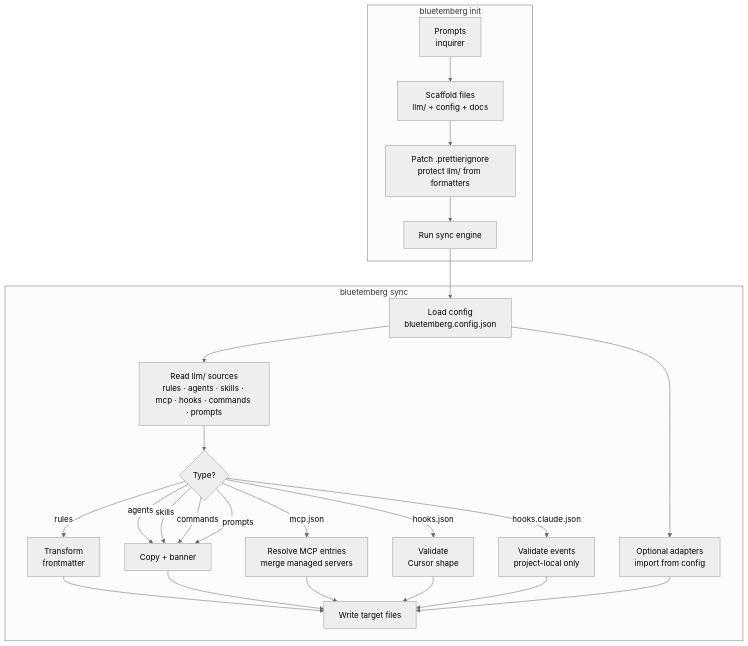
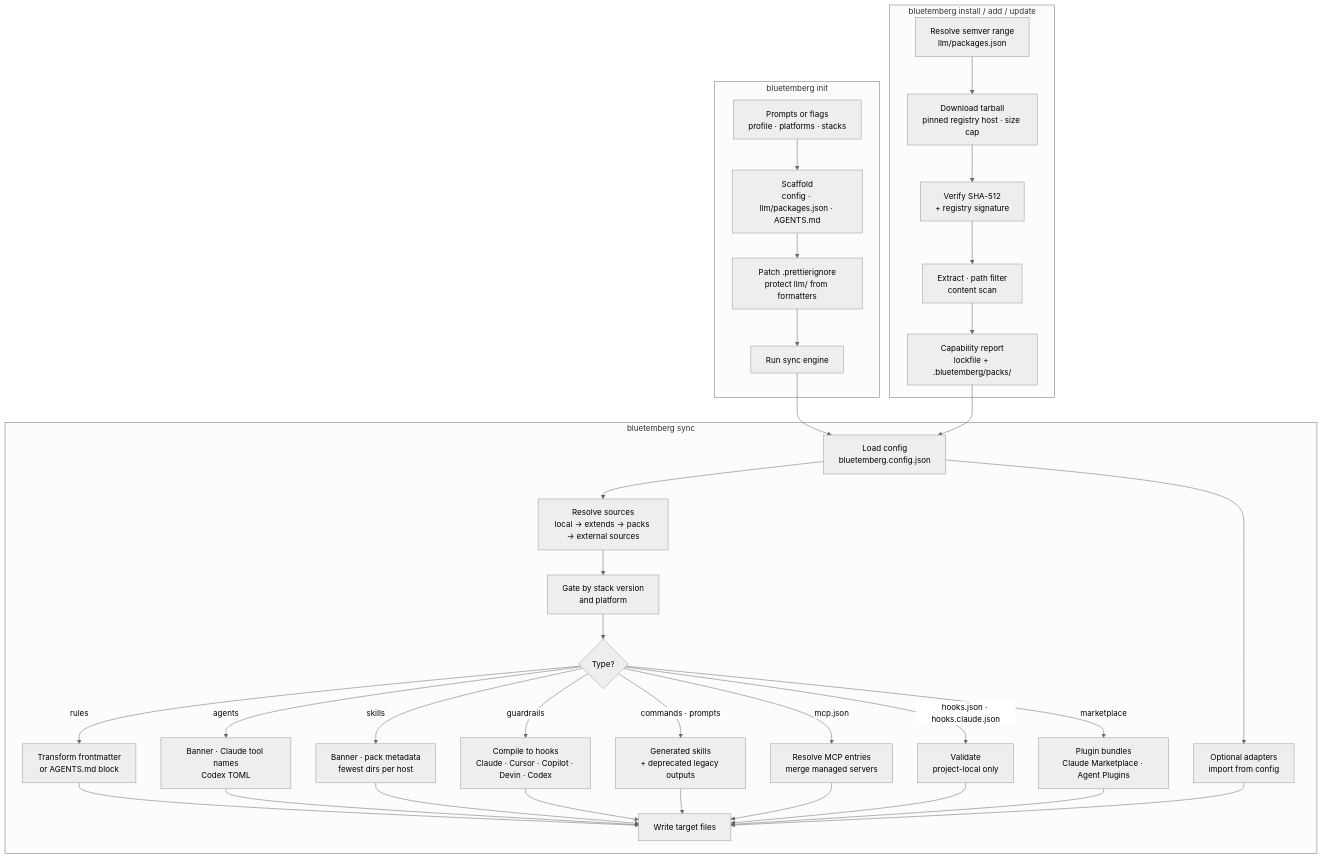
One commit to prototypdigital/bluetemberg changed the first of 3 diagrams in docs/wiki/Architecture.md. Above: the diagram before and after it, drawn with Mermaid (neutral theme). The commit also changed other lines of this file and 24 other files, not shown here.

````diff
--- a/docs/wiki/Architecture.md
+++ b/docs/wiki/Architecture.md
@@ -7,30 +7,62 @@
 ```mermaid
 flowchart TD
     subgraph init ["bluetemberg init"]
-        A[Prompts\ninquirer] --> B[Scaffold files\nllm/ + config + docs]
-        B --> B2[Patch .prettierignore\nprotect llm/ from formatters]
+        A[Prompts or flags
+profile · platforms · stacks] --> B[Scaffold
+config · llm/packages.json · AGENTS.md]
+        B --> B2[Patch .prettierignore
+protect llm/ from formatters]
         B2 --> C[Run sync engine]
     end
 
+    subgraph registry ["bluetemberg install / add / update"]
+        R1[Resolve semver range
+llm/packages.json] --> R2[Download tarball
+pinned registry host · size cap]
+        R2 --> R3[Verify SHA-512
++ registry signature]
+        R3 --> R4[Extract · path filter
+content scan]
+        R4 --> R5[Capability report
+lockfile + .bluetemberg/packs/]
+    end
+
     subgraph sync ["bluetemberg sync"]
-        D[Load config\nbluetemberg.config.json] --> E[Read llm/ sources\nrules · agents · skills · mcp · hooks · commands · prompts]
-        D --> L[Optional adapters\nimport from config]
-        E --> F{Type?}
-        F -->|rules| G[Transform\nfrontmatter]
-        F -->|agents| H[Copy + banner]
-        F -->|skills| H
-        F -->|commands| H
-        F -->|prompts| H
-        F -->|mcp.json| J[Resolve MCP entries\nmerge managed servers]
-        F -->|hooks.json| K[Validate\nCursor shape]
-        F -->|hooks.claude.json| K2[Validate events\nproject-local only]
+        D[Load config
+bluetemberg.config.json] --> E[Resolve sources
+local → extends → packs → external sources]
+        E --> V[Gate by stack version
+and platform]
+        D --> L[Optional adapters
+import from config]
+        V --> F{Type?}
+        F -->|rules| G[Transform frontmatter
+or AGENTS.md block]
+        F -->|agents| H[Banner · Claude tool names
+Codex TOML]
+        F -->|skills| H2[Banner · pack metadata
+fewest dirs per host]
+        F -->|guardrails| GR[Compile to hooks
+Claude · Cursor · Copilot · Devin · Codex]
+        F -->|commands · prompts| H3[Generated skills
++ deprecated legacy outputs]
+        F -->|mcp.json| J[Resolve MCP entries
+merge managed servers]
+        F -->|hooks.json · hooks.claude.json| K[Validate
+project-local only]
+        F -->|marketplace| P[Plugin bundles
+Claude Marketplace · Agent Plugins]
         G --> I[Write target files]
         H --> I
+        H2 --> I
+        GR --> I
+        H3 --> I
         J --> I
         K --> I
-        K2 --> I
+        P --> I
         L --> I
     end
 
     C --> D
+    R5 --> D
 ```
````
